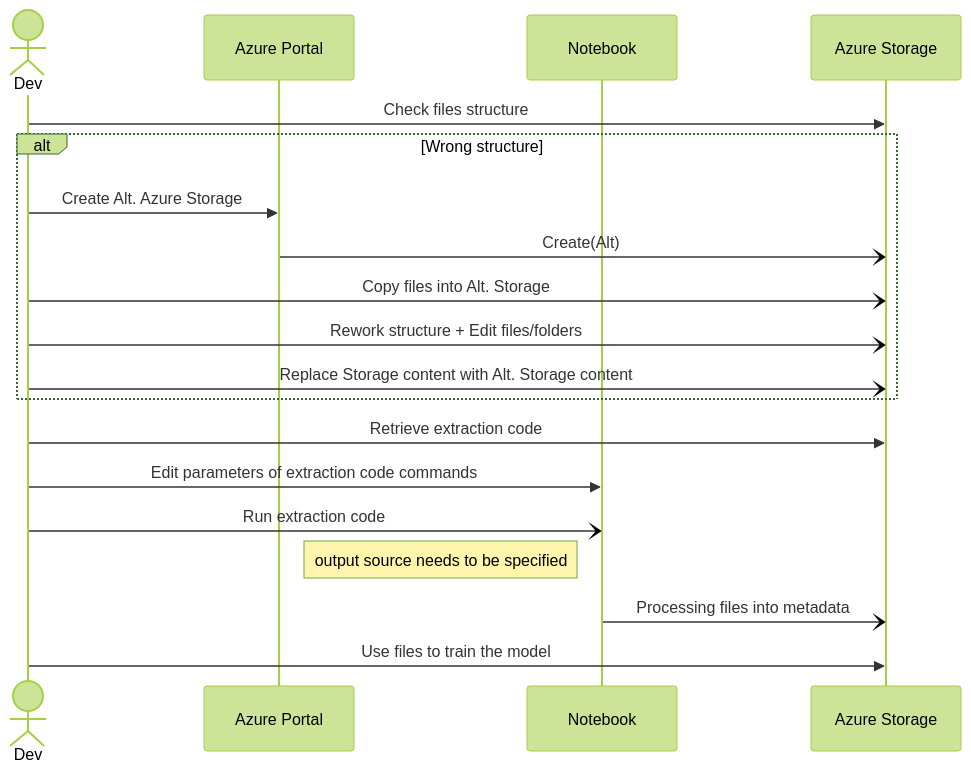
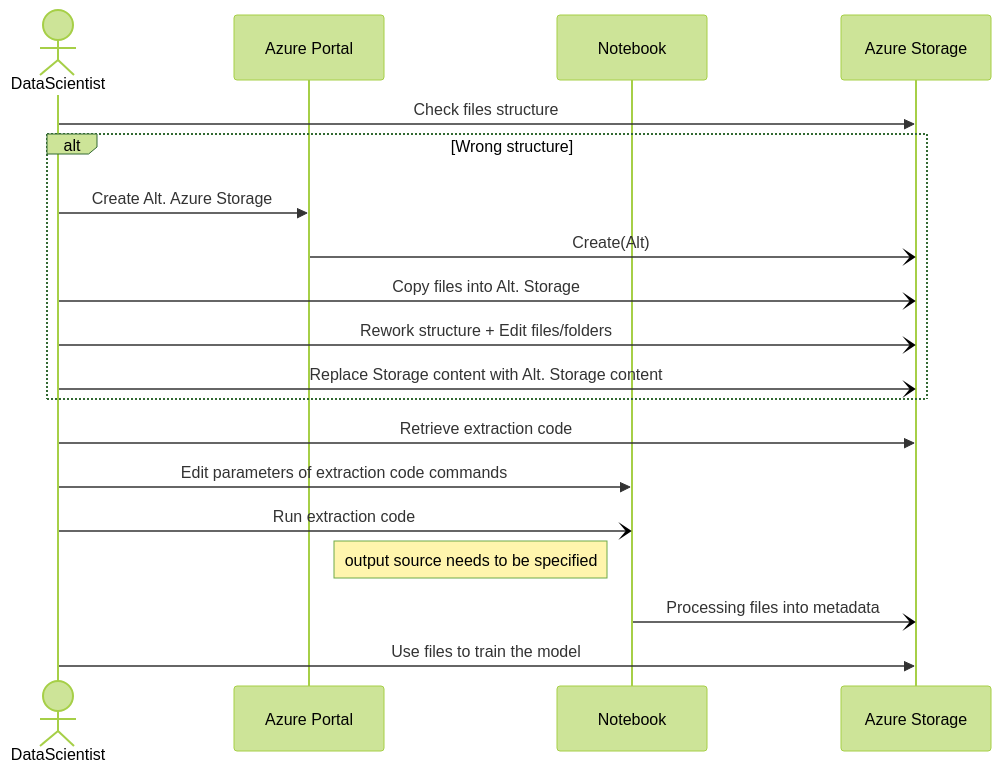
Before and after one commit to ai-cfia/ailab-datastore: the third of 3 diagrams in metadata-doc.md, drawn with Mermaid (forest theme). The commit also changed other lines of this file and 6 other files, not shown here.

````diff
--- a/metadata-doc.md
+++ b/metadata-doc.md
@@ -39,24 +59,24 @@
 ``` mermaid  
             sequenceDiagram
 
-                actor Dev
+                actor DataScientist
                 participant Azure Portal
                 participant Notebook
                 participant Azure Storage
 
-                Dev->>Azure Storage: Check files structure
+                DataScientist->>Azure Storage: Check files structure
                 alt Wrong structure
-                    Dev->>Azure Portal: Create Alt. Azure Storage
+                    DataScientist->>Azure Portal: Create Alt. Azure Storage
                     Azure Portal-)Azure Storage: Create(Alt)
-                    Dev-)Azure Storage: Copy files into Alt. Storage
-                    Dev-)Azure Storage: Rework structure + Edit files/folders
-                    Dev-)Azure Storage: Replace  Storage content with Alt. Storage content
+                    DataScientist-)Azure Storage: Copy files into Alt. Storage
+                    DataScientist-)Azure Storage: Rework structure + Edit files/folders
+                    DataScientist-)Azure Storage: Replace  Storage content with Alt. Storage content
                 end
-                Dev->>Azure Storage: Retrieve extraction code
-                Dev->>Notebook: Edit parameters of extraction code commands
+                DataScientist->>Azure Storage: Retrieve extraction code
+                DataScientist->>Notebook: Edit parameters of extraction code commands
                 
-                Dev-) Notebook: Run extraction code
+                DataScientist-) Notebook: Run extraction code
                 Note left of Notebook: output source needs to be specified
                 Notebook -) Azure Storage: Processing files into metadata
-                Dev->> Azure Storage: Use files to train the model
+                DataScientist->> Azure Storage: Use files to train the model
 ``` 
````
